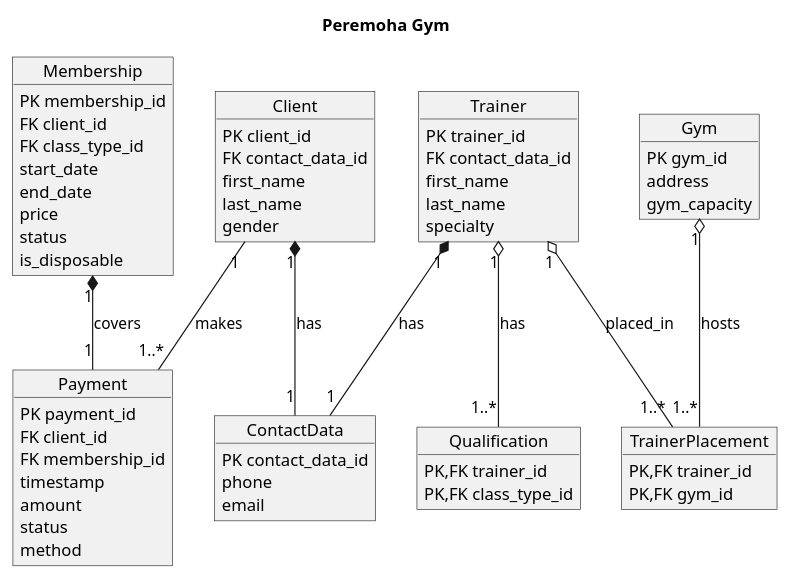
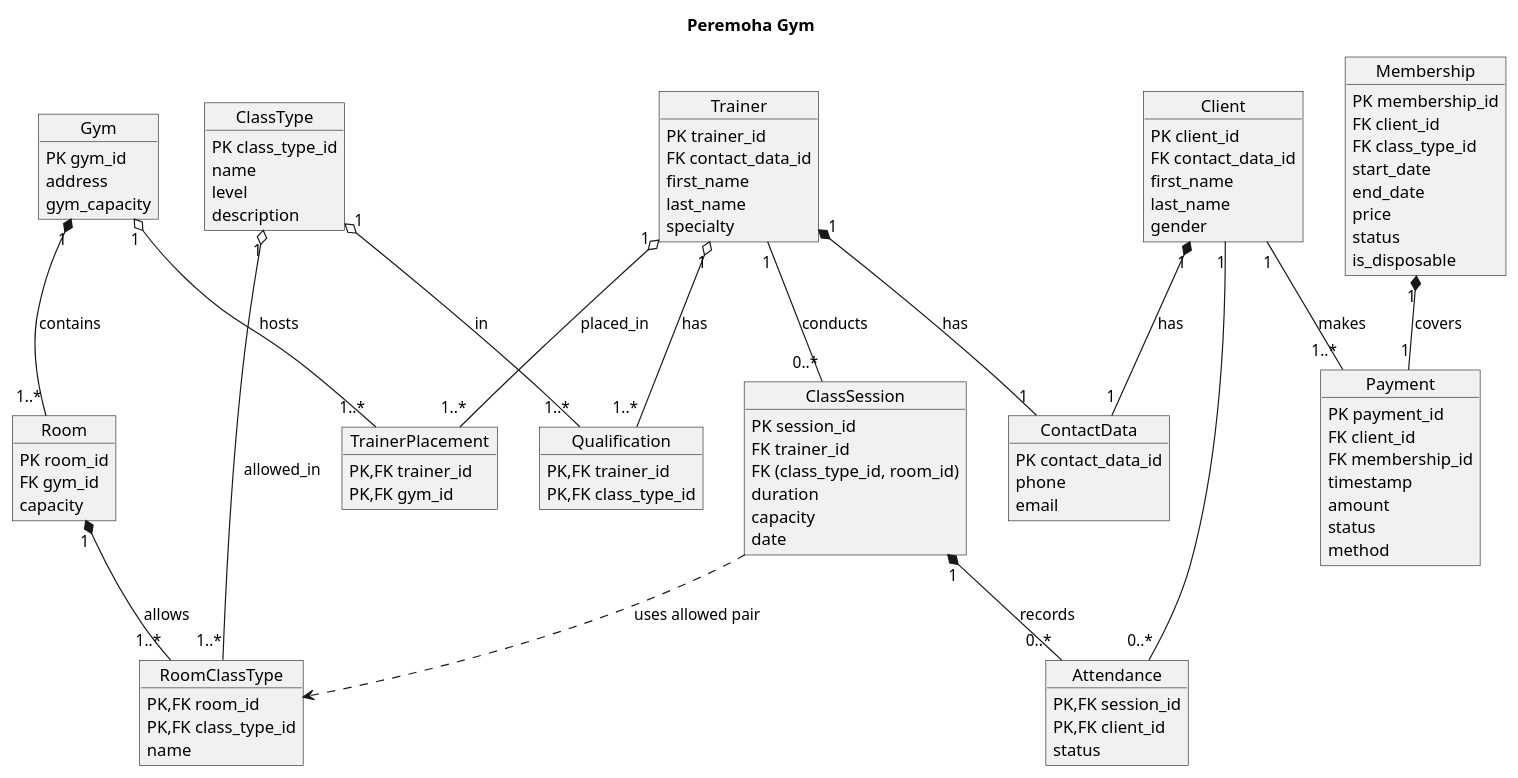
The diagram in diagrams/plantuml/PlantUML.puml (AnnKuts/PeremohaSports), drawn with PlantUML before and after one commit. The commit also changed 1 other file, not shown here.

Commit message:
docs: add classsession, attendance, classtype, room, roomclasstype and relationships

```diff
--- a/diagrams/plantuml/PlantUML.puml
+++ b/diagrams/plantuml/PlantUML.puml
@@ -1,78 +1,126 @@
 @startuml
 
 title Peremoha Gym
 
 object Client {
 PK client_id
 FK contact_data_id
 first_name
 last_name
 gender
 }
 
 object ContactData {
 PK contact_data_id
 phone
 email
 }
 
 object Membership {
 PK membership_id
 FK client_id
 FK class_type_id
 start_date
 end_date
 price
 status
 is_disposable
 }
 
 object Payment {
 PK payment_id
 FK client_id
 FK membership_id
 timestamp
 amount
 status
 method
 }
 
 object Trainer {
 PK trainer_id
 FK contact_data_id
 first_name
 last_name
 specialty
 }
 
 object TrainerPlacement {
 PK,FK trainer_id
 PK,FK gym_id
 }
 
 object Gym {
 PK gym_id
 address
 gym_capacity
 }
 
 object Qualification {
 PK,FK trainer_id
 PK,FK class_type_id
 }
 
+object Attendance {
+PK,FK session_id
+PK,FK client_id
+status
+}
+
+object ClassType {
+PK class_type_id
+name
+level
+description
+}
+
+object Room {
+PK room_id
+FK gym_id
+capacity
+}
+
+object RoomClassType {
+PK,FK room_id
+PK,FK class_type_id
+name
+}
+
+object ClassSession {
+PK session_id
+FK trainer_id
+FK (class_type_id, room_id)
+duration
+capacity
+date
+}
+
 Membership "1" *-- "1" Payment : covers
 
 Client "1" -- "1..*" Payment : makes
 
 Client "1" *-- "1" ContactData : has
 
 Trainer "1" *-- "1" ContactData : has
 
 Trainer "1" o-- "1..*" Qualification : has
+ClassType "1" o-- "1..*" Qualification : in
 
 Trainer "1" o-- "1..*" TrainerPlacement : placed_in
 
 Gym "1" o-- "1..*" TrainerPlacement : hosts
 
+ClassSession "1" *-- "0..*" Attendance : records
+
+Client "1" -- "0..*" Attendance
+
+Trainer "1" -- "0..*" ClassSession : conducts
+
+ClassSession ..> RoomClassType : uses allowed pair
+
+Gym "1" *-- "1..*" Room : contains
+
+Room "1" *-- "1..*" RoomClassType : allows
+ClassType "1" o-- "1..*" RoomClassType : allowed_in
+
 @enduml
```
